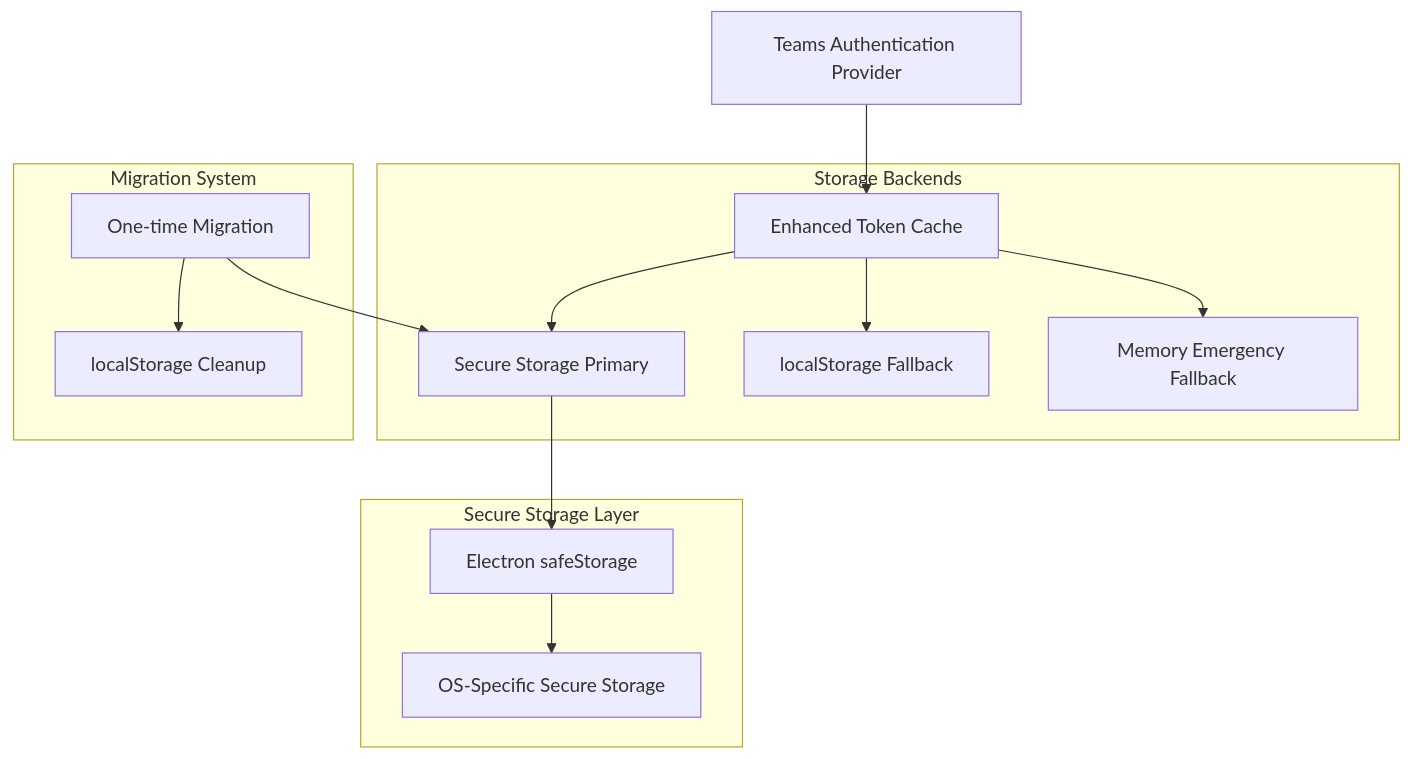
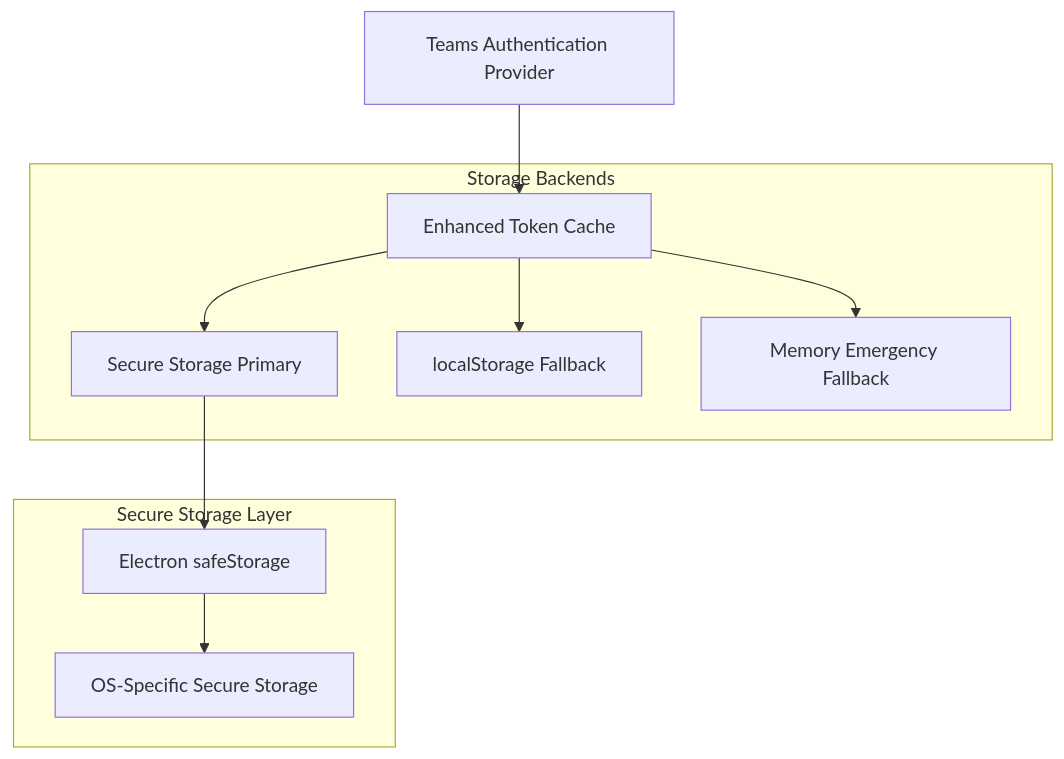
Before and after one commit to IsmaelMartinez/teams-for-linux: the second of 2 diagrams in docs-site/docs/development/token-cache-architecture.md, drawn with Mermaid. The commit also changed other lines of this file, not shown here.

First line of the commit message:
docs: remove remaining migration references from architecture docs

````diff
--- a/docs-site/docs/development/token-cache-architecture.md
+++ b/docs-site/docs/development/token-cache-architecture.md
@@ -41,20 +41,16 @@
 ```mermaid
 graph TB
     A[Teams Authentication Provider] --> B[Enhanced Token Cache]
     
     subgraph "Storage Backends"
         B --> C[Secure Storage Primary]
         B --> D[localStorage Fallback]
         B --> E[Memory Emergency Fallback]
     end
     
     subgraph "Secure Storage Layer"
         C --> F[Electron safeStorage]
         F --> G[OS-Specific Secure Storage]
     end
     
-    subgraph "Migration System"
-        J[One-time Migration] --> C
-        J --> K[localStorage Cleanup]
-    end
 ```
````
